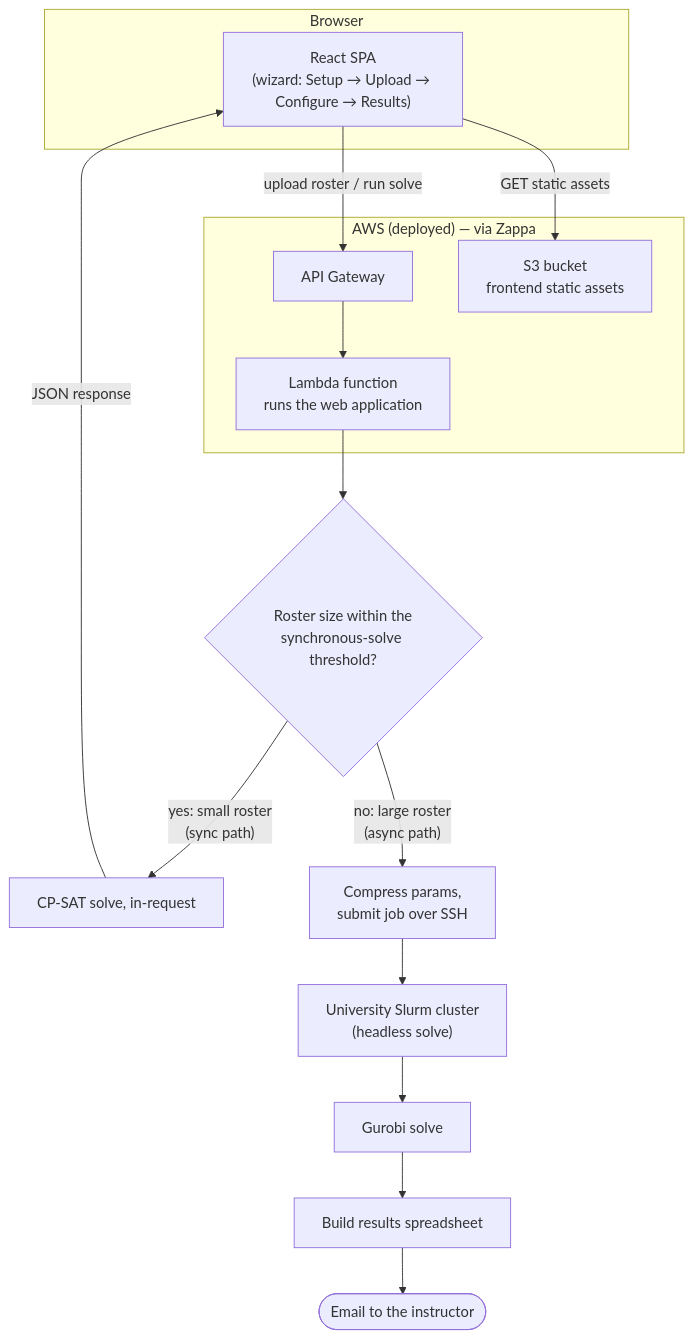
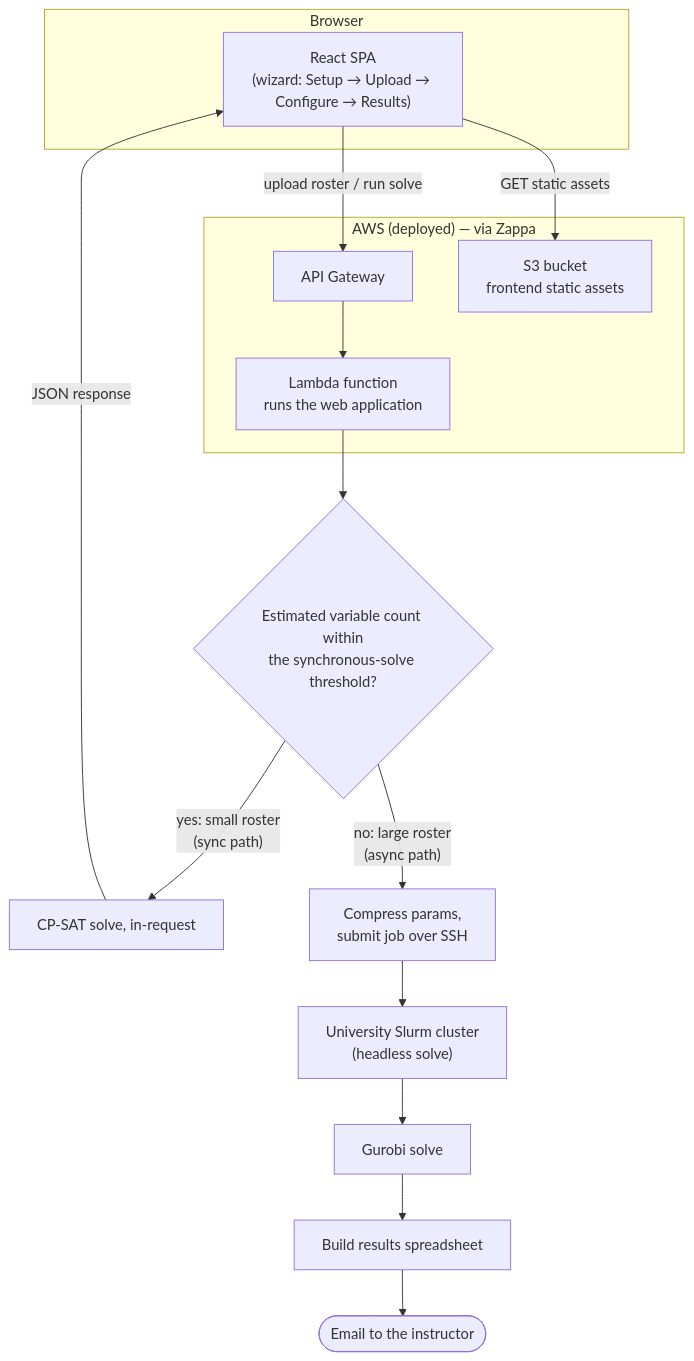
One commit to nlvargas/MATE changed the diagram in docs/ARCHITECTURE.md. Above: the diagram before and after it, drawn with Mermaid. The commit also changed other lines of this file, not shown here.

````diff
--- a/docs/ARCHITECTURE.md
+++ b/docs/ARCHITECTURE.md
@@ -52,27 +49,27 @@
 ```mermaid
 flowchart TB
     subgraph Client["Browser"]
         SPA["React SPA<br/>(wizard: Setup → Upload → Configure → Results)"]
     end
 
     subgraph Hosting["AWS (deployed) — via Zappa"]
         APIGW["API Gateway"]
         Lambda["Lambda function<br/>runs the web application"]
         S3["S3 bucket<br/>frontend static assets"]
     end
 
     SPA -->|"GET static assets"| S3
     SPA -->|"upload roster / run solve"| APIGW
     APIGW --> Lambda
 
-    Lambda --> RunModel{"Roster size within the<br/>synchronous-solve threshold?"}
+    Lambda --> RunModel{"Estimated variable count within<br/>the synchronous-solve threshold?"}
 
     RunModel -->|"yes: small roster<br/>(sync path)"| SolveSync["CP-SAT solve, in-request"]
     SolveSync -->|"JSON response"| SPA
 
     RunModel -->|"no: large roster<br/>(async path)"| Upload["Compress params,<br/>submit job over SSH"]
     Upload --> Cluster["University Slurm cluster<br/>(headless solve)"]
     Cluster --> SolveAsync["Gurobi solve"]
     SolveAsync --> Excel["Build results spreadsheet"]
     Excel --> Email(["Email to the instructor"])
 ```
````
